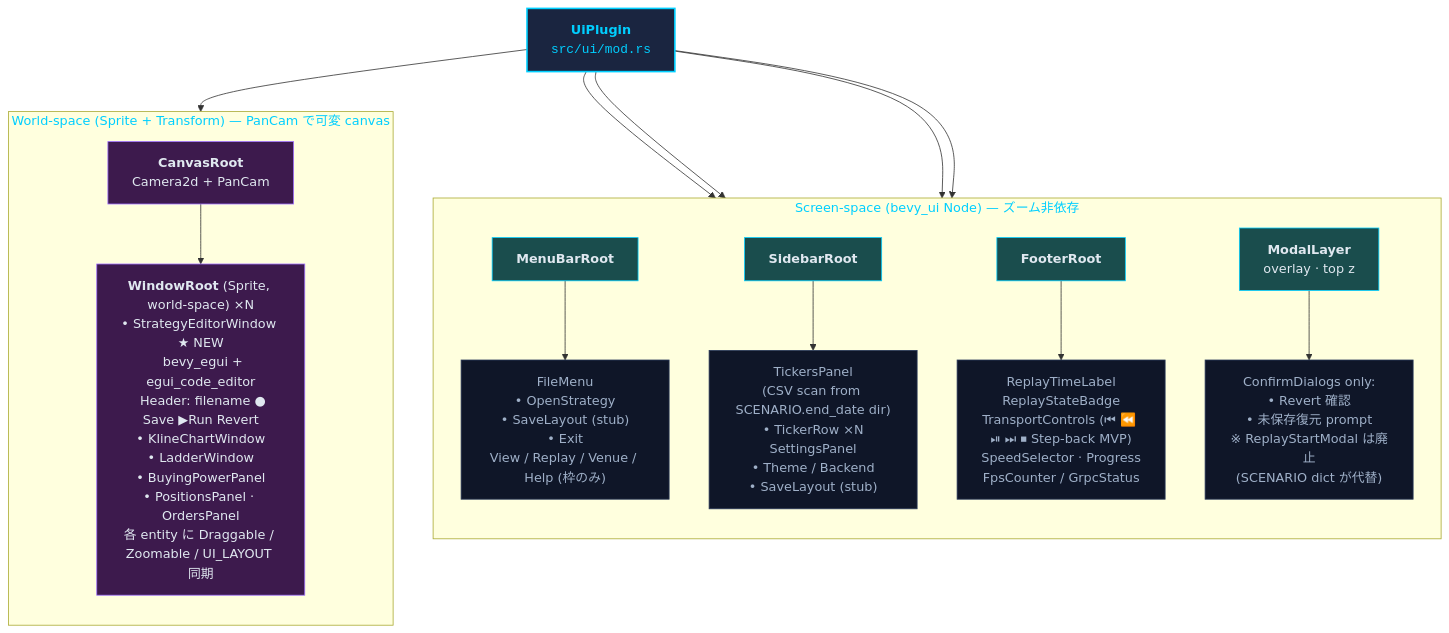
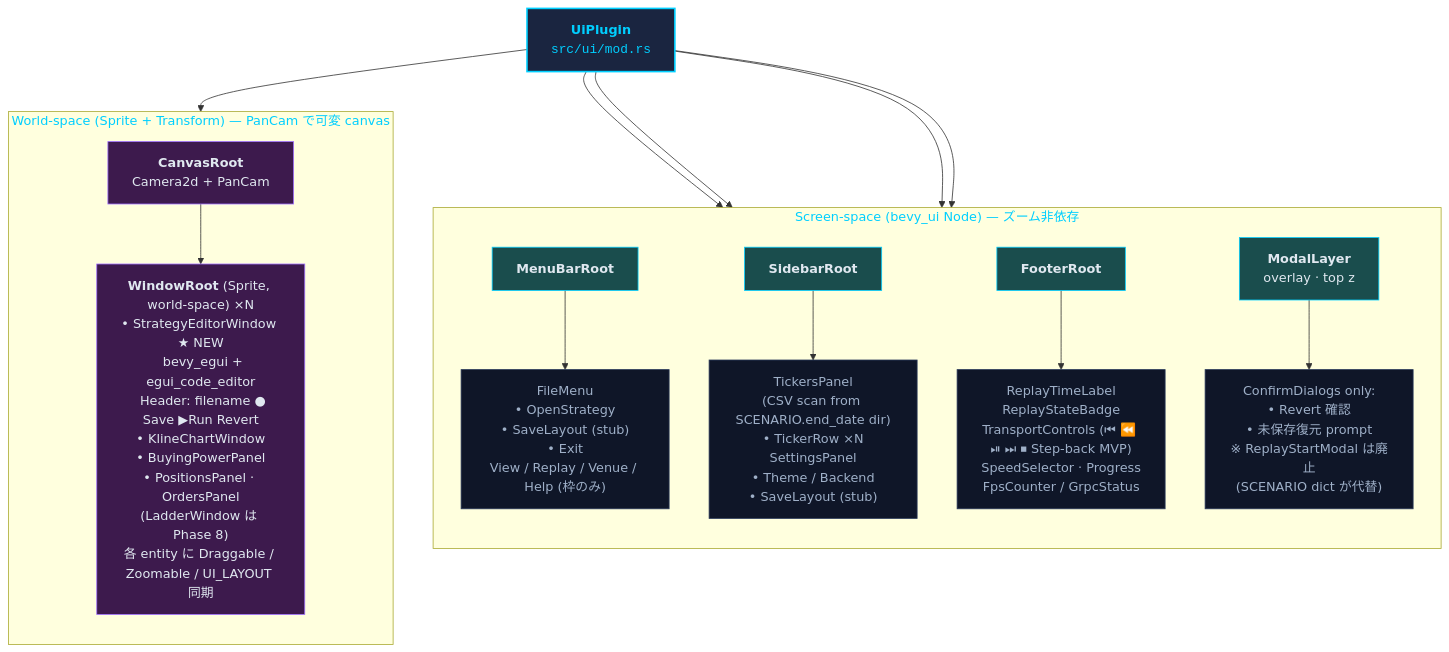
Before and after one commit to botterYosuke/The-Trader-Was-Replaced: the diagram in docs/plan/Phase 7 - Replay UI Integration.md, drawn with Mermaid. The commit also changed other lines of this file and 1 other file, not shown here.

First line of the commit message:
Defer LadderWindow from Phase 7 to Phase 8

````diff
--- a/docs/plan/Phase 7 - Replay UI Integration.md
+++ b/docs/plan/Phase 7 - Replay UI Integration.md
@@ -88,32 +89,32 @@
 ```mermaid
 flowchart TD
     UiPlugin["<b>UiPlugin</b><br/><code>src/ui/mod.rs</code>"]
 
     UiPlugin --> MenuBarRoot
     UiPlugin --> SidebarRoot
     UiPlugin --> CanvasRoot
     UiPlugin --> FooterRoot
     UiPlugin --> ModalLayer
 
     subgraph SCREEN["Screen-space (bevy_ui Node) — ズーム非依存"]
         direction TB
         MenuBarRoot["<b>MenuBarRoot</b>"] --> MenuChildren["FileMenu<br/>• OpenStrategy<br/>• SaveLayout (stub)<br/>• Exit<br/>View / Replay / Venue / Help (枠のみ)"]
         SidebarRoot["<b>SidebarRoot</b>"] --> SidebarChildren["TickersPanel<br/>(CSV scan from SCENARIO.end_date dir)<br/>• TickerRow ×N<br/>SettingsPanel<br/>• Theme / Backend<br/>• SaveLayout (stub)"]
         FooterRoot["<b>FooterRoot</b>"] --> FooterChildren["ReplayTimeLabel<br/>ReplayStateBadge<br/>TransportControls (⏮ ⏪ ⏯ ⏭ ⏹ Step-back MVP)<br/>SpeedSelector · Progress<br/>FpsCounter / GrpcStatus"]
         ModalLayer["<b>ModalLayer</b><br/>overlay · top z"] --> ModalChildren["ConfirmDialogs only:<br/>• Revert 確認<br/>• 未保存復元 prompt<br/>※ ReplayStartModal は廃止<br/>(SCENARIO dict が代替)"]
     end
 
     subgraph WORLD["World-space (Sprite + Transform) — PanCam で可変 canvas"]
         direction TB
-        CanvasRoot["<b>CanvasRoot</b><br/>Camera2d + PanCam"] --> WindowRoot["<b>WindowRoot</b> (Sprite, world-space) ×N<br/>• StrategyEditorWindow ★ NEW<br/>&nbsp;&nbsp;bevy_egui + egui_code_editor<br/>&nbsp;&nbsp;Header: filename ● Save ▶Run Revert<br/>• KlineChartWindow<br/>• LadderWindow<br/>• BuyingPowerPanel<br/>• PositionsPanel · OrdersPanel<br/>各 entity に Draggable / Zoomable / UI_LAYOUT 同期"]
+        CanvasRoot["<b>CanvasRoot</b><br/>Camera2d + PanCam"] --> WindowRoot["<b>WindowRoot</b> (Sprite, world-space) ×N<br/>• StrategyEditorWindow ★ NEW<br/>&nbsp;&nbsp;bevy_egui + egui_code_editor<br/>&nbsp;&nbsp;Header: filename ● Save ▶Run Revert<br/>• KlineChartWindow<br/>• BuyingPowerPanel<br/>• PositionsPanel · OrdersPanel<br/>(LadderWindow は Phase 8)<br/>各 entity に Draggable / Zoomable / UI_LAYOUT 同期"]
     end
 
     classDef screen fill:#1a4d4d,stroke:#00CFFF,color:#e0e8f0;
     classDef world fill:#3d1a4d,stroke:#a070ff,color:#e0e8f0;
     classDef root fill:#1a2540,stroke:#00CFFF,stroke-width:2px,color:#00CFFF;
     classDef detail fill:#0f1628,stroke:#2a3a5a,color:#9fb0c8;
     class UiPlugin root;
     class MenuBarRoot,SidebarRoot,FooterRoot,ModalLayer screen;
     class CanvasRoot,WindowRoot world;
     class MenuChildren,SidebarChildren,FooterChildren,ModalChildren detail;
 ```
````
